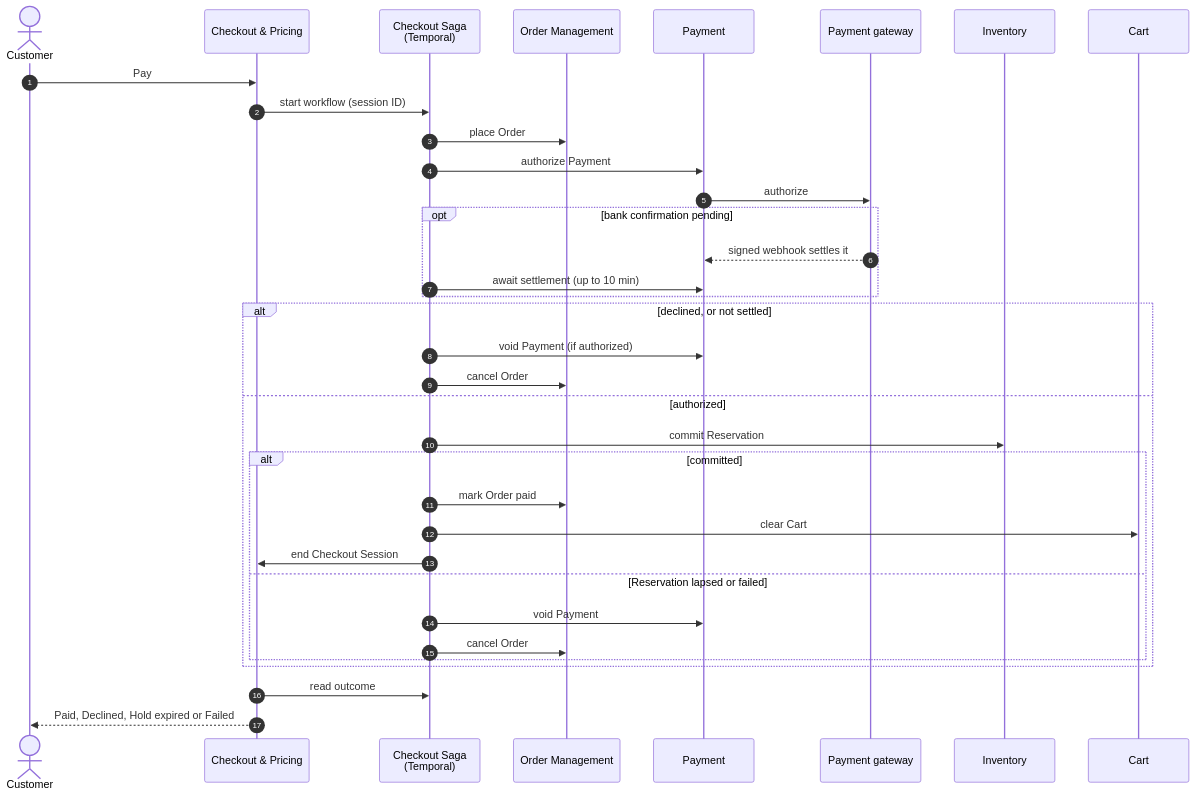
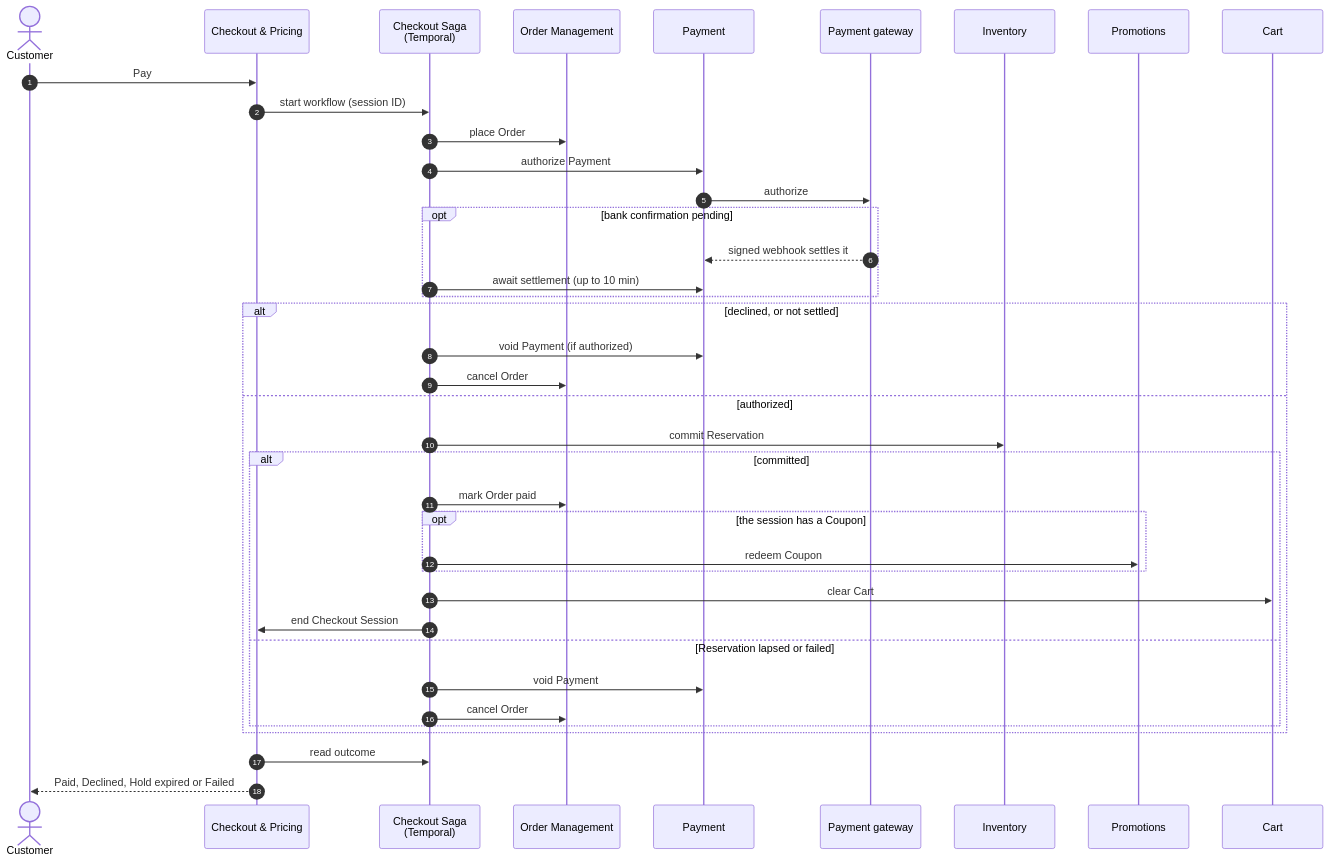
One commit to ondokuzz/ecomm changed the fourth of 6 diagrams in docs/architecture.md. Above: the diagram before and after it, drawn with Mermaid. The commit also changed other lines of this file, not shown here.

First line of the commit message:
Architecture: Notifications, the Support Assistant and Coupon redemption, as of Sprint 8

````diff
--- a/docs/architecture.md
+++ b/docs/architecture.md
@@ -185,38 +231,42 @@
 ```mermaid
 sequenceDiagram
   autonumber
   actor C as Customer
   participant CO as Checkout & Pricing
   participant S as Checkout Saga<br/>(Temporal)
   participant OM as Order Management
   participant P as Payment
   participant B as Payment gateway
   participant I as Inventory
+  participant PR as Promotions
   participant CA as Cart
 
   C->>CO: Pay
   CO->>S: start workflow (session ID)
   S->>OM: place Order
   S->>P: authorize Payment
   P->>B: authorize
   opt bank confirmation pending
     B-->>P: signed webhook settles it
     S->>P: await settlement (up to 10 min)
   end
   alt declined, or not settled
     S->>P: void Payment (if authorized)
     S->>OM: cancel Order
   else authorized
     S->>I: commit Reservation
     alt committed
       S->>OM: mark Order paid
+      opt the session has a Coupon
+        S->>PR: redeem Coupon
+      end
       S->>CA: clear Cart
       S->>CO: end Checkout Session
     else Reservation lapsed or failed
       S->>P: void Payment
       S->>OM: cancel Order
     end
   end
   CO->>S: read outcome
   CO-->>C: Paid, Declined, Hold expired or Failed
 ```
````
